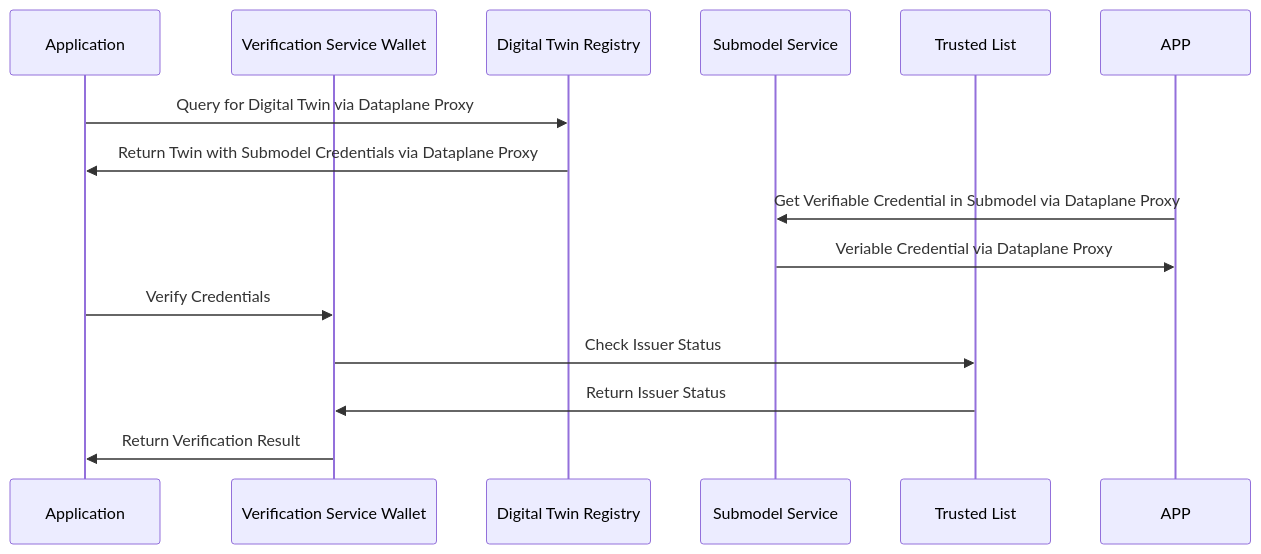
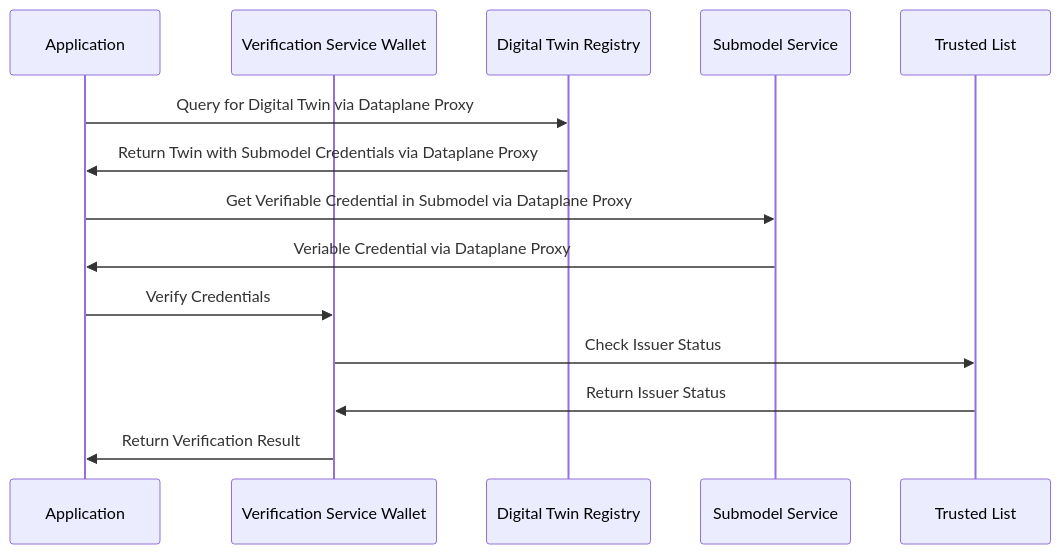
Before and after one commit to eclipse-tractusx/eclipse-tractusx.github.io: the diagram in docs-kits/kits/data-trust-and-security-kit/software-development-view/security-deployment.md, drawn with Mermaid. The commit also changed other lines of this file and 12 other files, not shown here.

````diff
--- a/docs-kits/kits/data-trust-and-security-kit/software-development-view/security-deployment.md
+++ b/docs-kits/kits/data-trust-and-security-kit/software-development-view/security-deployment.md
@@ -76,17 +58,17 @@
 ```mermaid
 sequenceDiagram
     participant App as Application
     participant VerifyService as Verification Service Wallet
     participant DTR as Digital Twin Registry
     participant SS as Submodel Service
     participant TrustedList as Trusted List
     
     App->>DTR: Query for Digital Twin via Dataplane Proxy
     DTR->>App: Return Twin with Submodel Credentials via Dataplane Proxy
-    APP->>SS: Get Verifiable Credential in Submodel via Dataplane Proxy
-    SS->>APP: Veriable Credential via Dataplane Proxy
+    App->>SS: Get Verifiable Credential in Submodel via Dataplane Proxy
+    SS->>App: Veriable Credential via Dataplane Proxy
     App->>VerifyService: Verify Credentials
     VerifyService->>TrustedList: Check Issuer Status
     TrustedList->>VerifyService: Return Issuer Status
     VerifyService->>App: Return Verification Result
 ```
````
